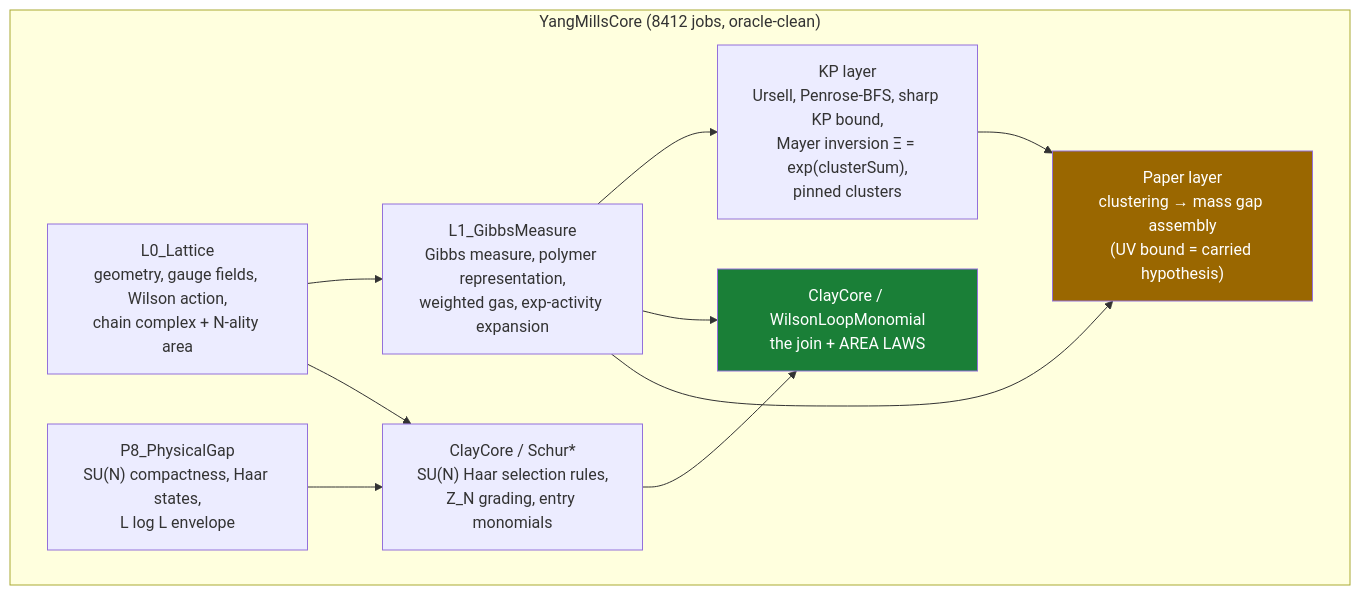
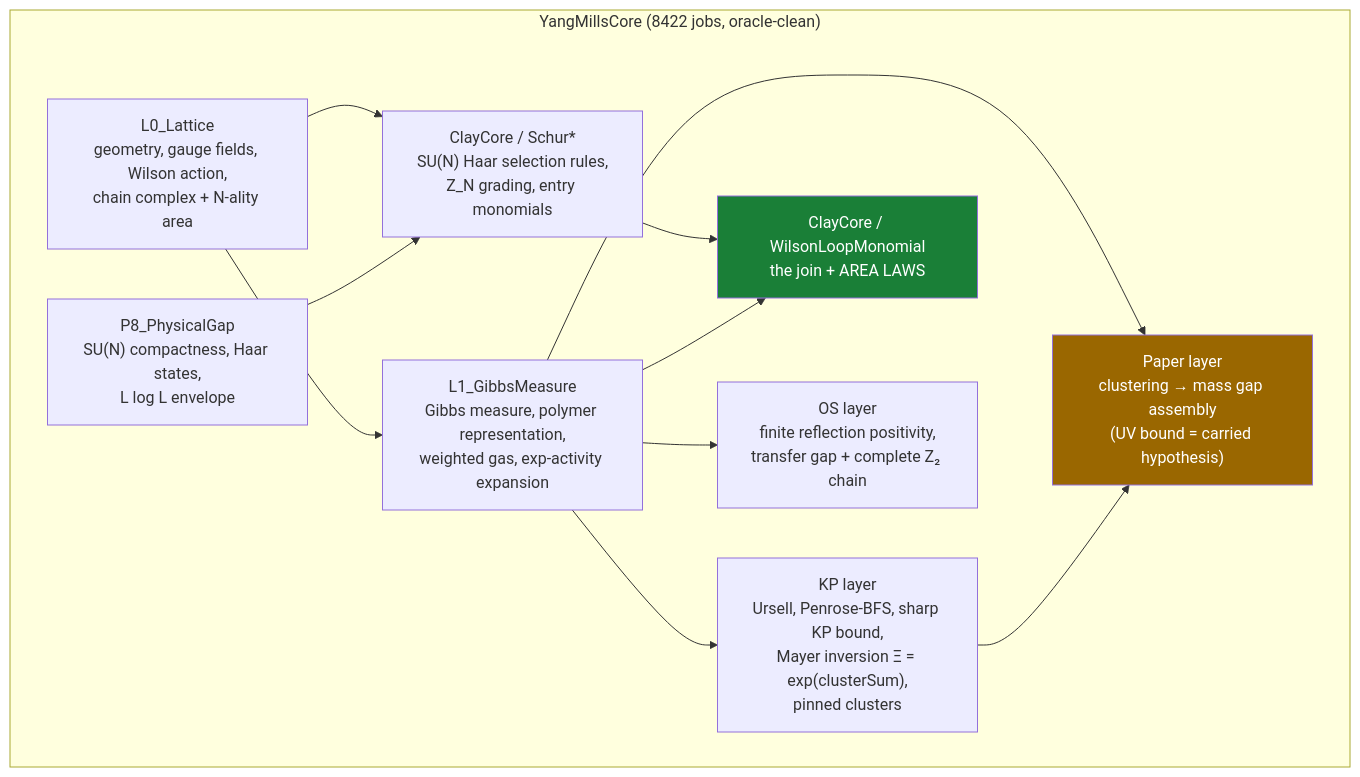
One commit to lluiseriksson/THE-ERIKSSON-PROGRAMME changed the diagram in README.md. Above: the diagram before and after it, drawn with Mermaid. The commit also changed other lines of this file and 8 other files, not shown here.

````diff
--- a/README.md
+++ b/README.md
@@ -363,20 +353,22 @@
 ```mermaid
 graph TD
-    subgraph core["YangMillsCore  (8412 jobs, oracle-clean)"]
+    subgraph core["YangMillsCore  (8422 jobs, oracle-clean)"]
         L0["L0_Lattice<br/>geometry, gauge fields, Wilson action,<br/>chain complex + N-ality area"]
         L1["L1_GibbsMeasure<br/>Gibbs measure, polymer representation,<br/>weighted gas, exp-activity expansion"]
         KP["KP layer<br/>Ursell, Penrose-BFS, sharp KP bound,<br/>Mayer inversion Ξ = exp(clusterSum),<br/>pinned clusters"]
         SCHUR["ClayCore / Schur*<br/>SU(N) Haar selection rules,<br/>Z_N grading, entry monomials"]
         WLM["ClayCore / WilsonLoopMonomial<br/>the join + AREA LAWS"]
         PAPER["Paper layer<br/>clustering → mass gap assembly<br/>(UV bound = carried hypothesis)"]
         P8["P8_PhysicalGap<br/>SU(N) compactness, Haar states,<br/>L log L envelope"]
+        OS["OS layer<br/>finite reflection positivity,<br/>transfer gap + complete Z₂ chain"]
     end
     L0 --> L1 --> KP
     L0 --> SCHUR --> WLM
     L1 --> WLM
     L1 --> PAPER
     KP --> PAPER
     P8 --> SCHUR
+    L1 --> OS
     style WLM fill:#1a7f37,color:#fff
     style PAPER fill:#9a6700,color:#fff
 ```
````
